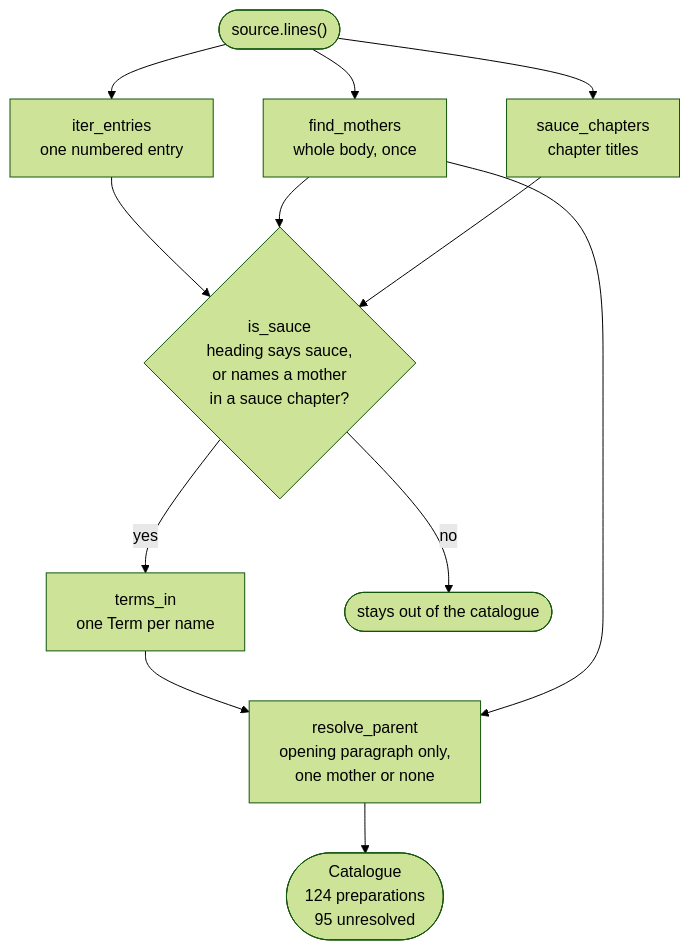
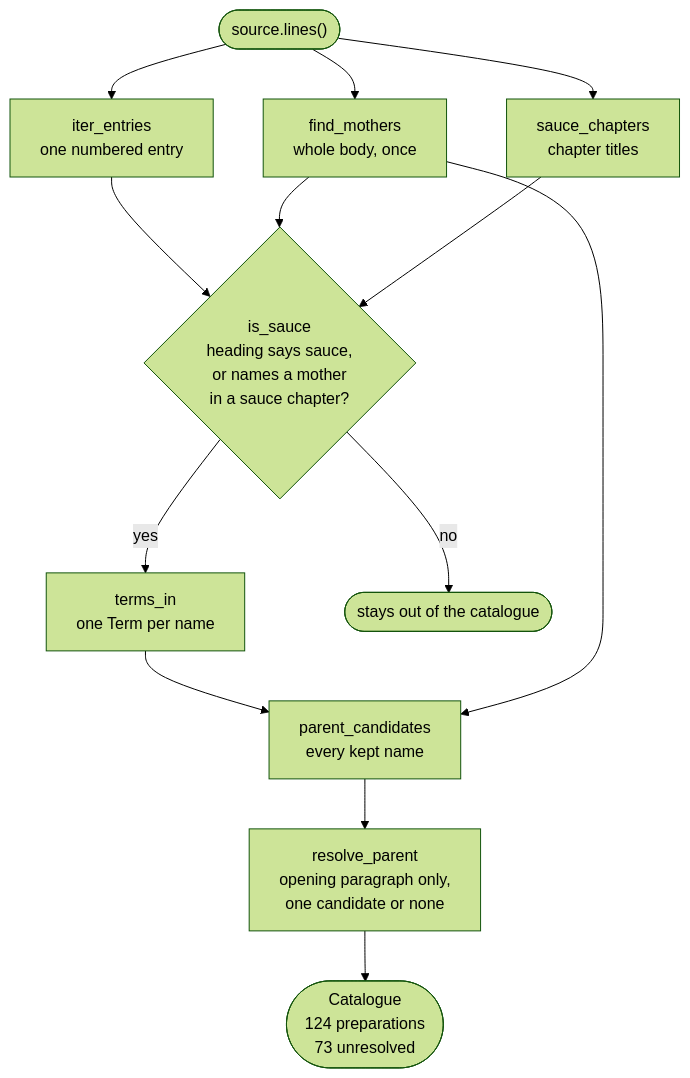
Before and after one commit to Alberto-Codes/saucier: the diagram in docs/reference/data-model.md, drawn with Mermaid (forest theme). The commit also changed other lines of this file and 17 other files, not shown here.

First line of the commit message:
feat(extraction)!: resolve a parent to any catalogued preparation

````diff
--- a/docs/reference/data-model.md
+++ b/docs/reference/data-model.md
@@ -12,31 +12,34 @@
 ```mermaid
 flowchart TD
     accTitle: How one source becomes a catalogue
     accDescr {
         The source reader yields lines, and three steps read them.
         find_mothers scans the whole body once and returns the concepts the
         source calls basic sauces. sauce_chapters reads the chapter titles and
         returns the line spans of the chapters the source titles as sauces.
         iter_entries walks the same lines and yields one numbered entry at a
         time. is_sauce tests each entry heading, keeps it when the heading
         itself says sauce, and otherwise keeps it only when the heading names a
         mother inside a sauce chapter. A rejected entry stays out of the
         catalogue. terms_in splits a kept heading into one language-tagged Term
-        per alternative name. resolve_parent reads the opening paragraph only,
-        and sets the parent to the single mother that paragraph names, or to
-        None when it names none or names more than one. The result is a
-        Catalogue of 124 preparations, 29 resolved and 95 unresolved.
+        per alternative name. parent_candidates collects every name of every
+        kept preparation, plus the mothers. resolve_parent reads the opening
+        paragraph only, and sets the parent to the single candidate that
+        paragraph states, or to None when it states none or states more than
+        one. A cycle of stated parents is cleared. The result is a
+        Catalogue of 124 preparations, 51 resolved and 73 unresolved.
     }
 
     lines(["source.lines()"]) --> entries["iter_entries<br/>one numbered entry"]
     entries --> sauce{"is_sauce<br/>heading says sauce,<br/>or names a mother<br/>in a sauce chapter?"}
     sauce -->|yes| terms["terms_in<br/>one Term per name"]
-    terms --> parent["resolve_parent<br/>opening paragraph only,<br/>one mother or none"]
-    parent --> cat(["Catalogue<br/>124 preparations<br/>95 unresolved"])
+    terms --> names["parent_candidates<br/>every kept name"]
+    names --> parent["resolve_parent<br/>opening paragraph only,<br/>one candidate or none"]
+    parent --> cat(["Catalogue<br/>124 preparations<br/>73 unresolved"])
     sauce -->|no| drop(["stays out of the catalogue"])
     lines --> mothers["find_mothers<br/>whole body, once"]
     lines --> chapters["sauce_chapters<br/>chapter titles"]
     mothers --> sauce
     chapters --> sauce
-    mothers --> parent
+    mothers --> names
 ```
````
